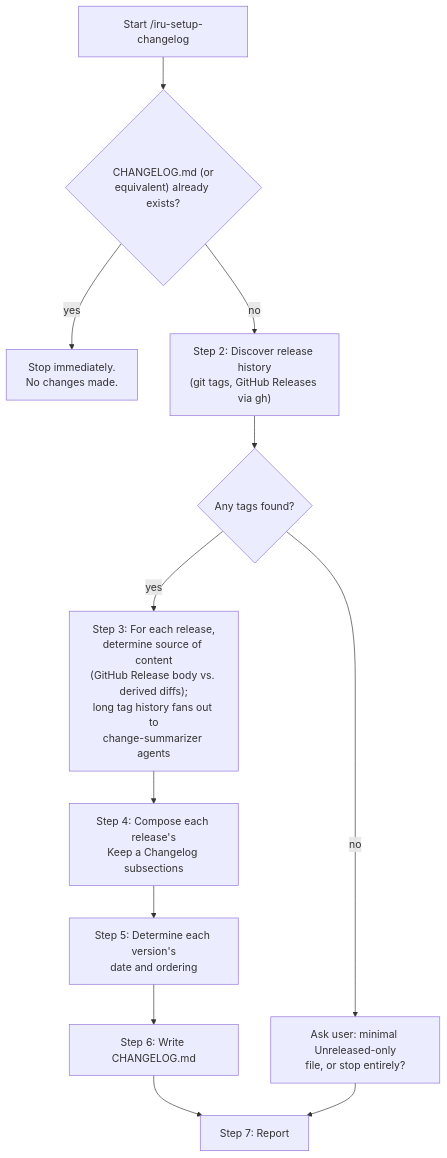
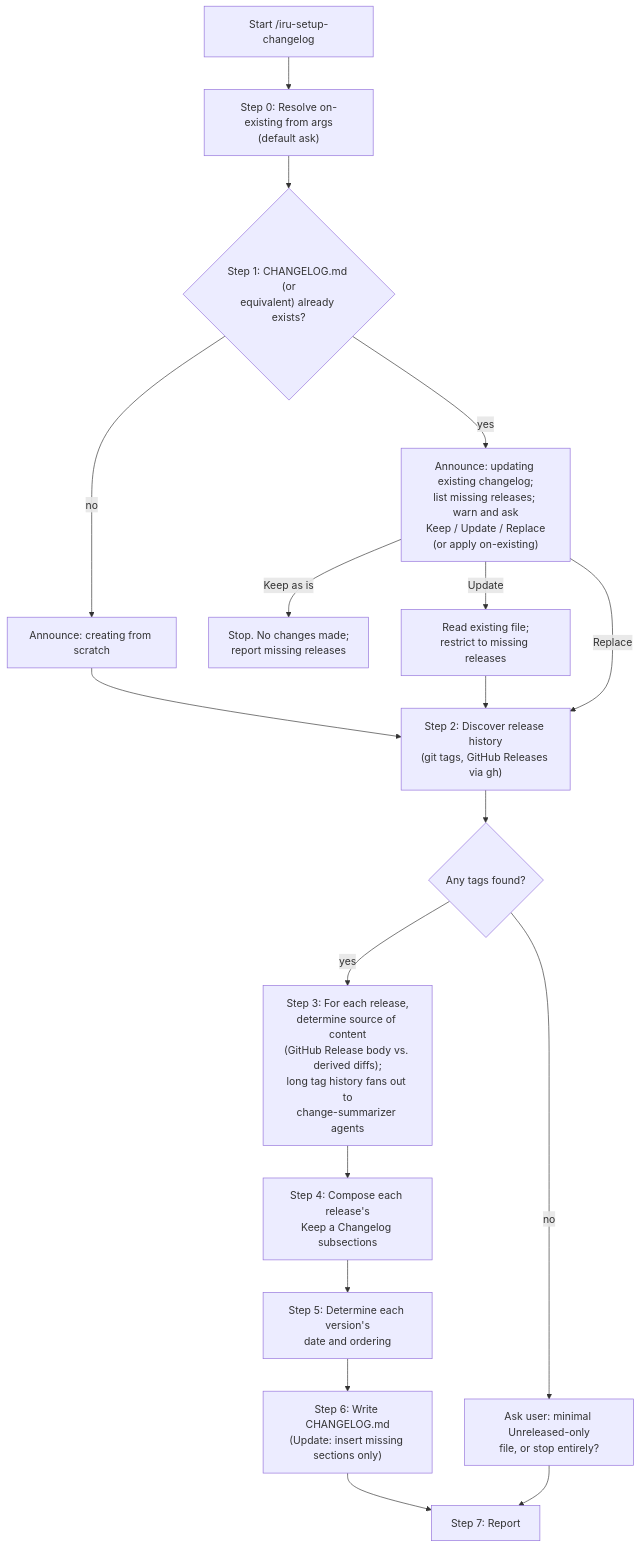
The diagram in docs/modules/ROOT/pages/skills/iru-setup-changelog.adoc (albertoirurueta/ai-catalog), drawn with Mermaid before and after one commit. The commit also changed other lines of this file and 87 other files, not shown here.

```diff
--- a/docs/modules/ROOT/pages/skills/iru-setup-changelog.adoc
+++ b/docs/modules/ROOT/pages/skills/iru-setup-changelog.adoc
@@ -63,15 +80,21 @@
 [mermaid]
 ....
 flowchart TD
-    A[Start /iru-setup-changelog] --> B{"CHANGELOG.md (or\nequivalent) already exists?"}
-    B -- yes --> Z["Stop immediately.\nNo changes made."]
-    B -- no --> C["Step 2: Discover release history\n(git tags, GitHub Releases via gh)"]
+    A[Start /iru-setup-changelog] --> A0["Step 0: Resolve on-existing from args\n(default ask)"]
+    A0 --> B{"Step 1: CHANGELOG.md (or\nequivalent) already exists?"}
+    B -- no --> B1["Announce: creating from scratch"]
+    B1 --> C
+    B -- yes --> B2["Announce: updating existing changelog;\nlist missing releases; warn and ask\nKeep / Update / Replace\n(or apply on-existing)"]
+    B2 -- Keep as is --> Z["Stop. No changes made;\nreport missing releases"]
+    B2 -- Update --> U["Read existing file;\nrestrict to missing releases"]
+    U --> C
+    B2 -- Replace --> C["Step 2: Discover release history\n(git tags, GitHub Releases via gh)"]
     C --> D{"Any tags found?"}
     D -- no --> E["Ask user: minimal Unreleased-only\nfile, or stop entirely?"]
     D -- yes --> F["Step 3: For each release,\ndetermine source of content\n(GitHub Release body vs. derived diffs);\nlong tag history fans out to\nchange-summarizer agents"]
     F --> G["Step 4: Compose each release's\nKeep a Changelog subsections"]
     G --> H["Step 5: Determine each version's\ndate and ordering"]
-    H --> I["Step 6: Write CHANGELOG.md"]
+    H --> I["Step 6: Write CHANGELOG.md\n(Update: insert missing sections only)"]
     I --> J["Step 7: Report"]
     E --> J
 ....
```
